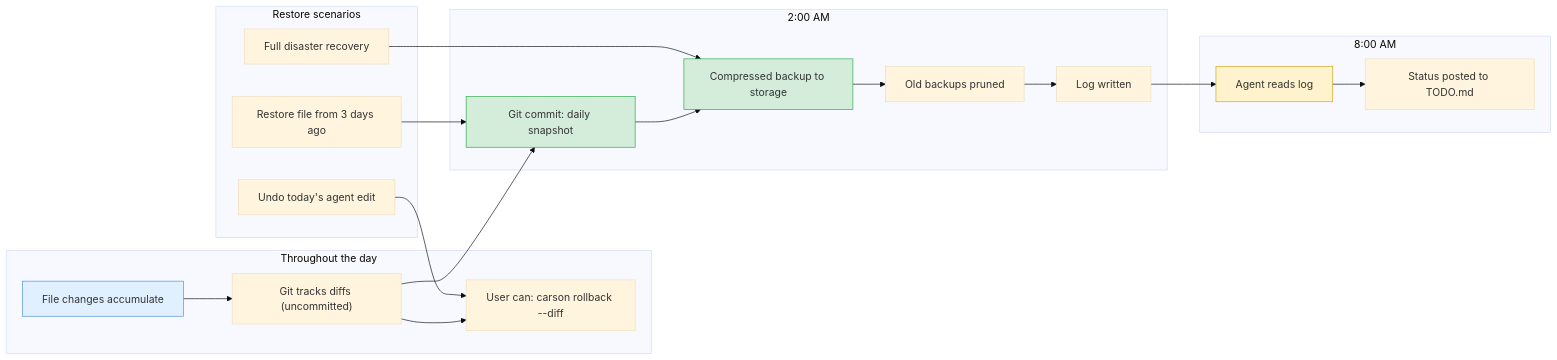
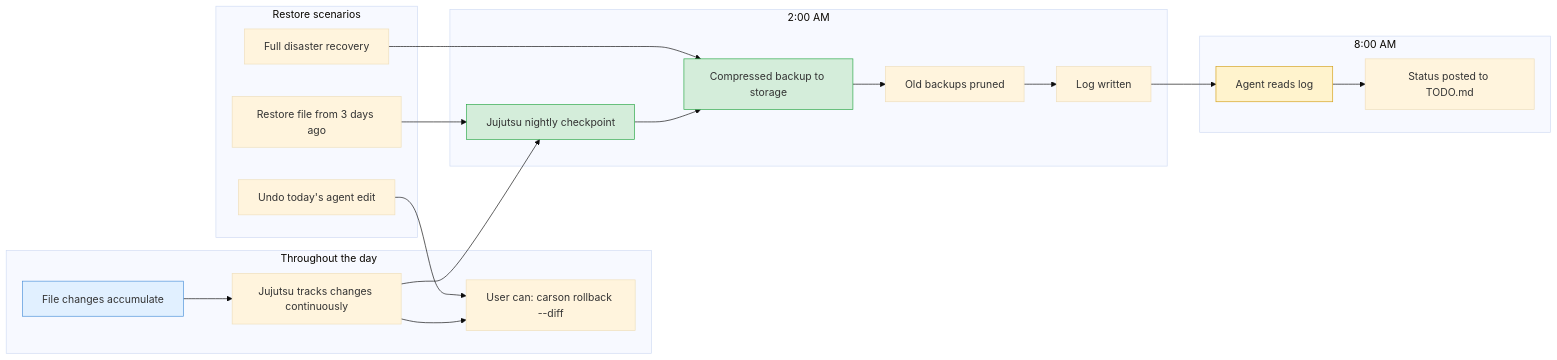
Before and after one commit to allofher/carson: the fourth of 4 diagrams in VERSIONING.md, drawn with Mermaid (base theme). The commit also changed other lines of this file and 17 other files, not shown here.

````diff
--- a/VERSIONING.md
+++ b/VERSIONING.md
@@ -275,30 +284,30 @@
 ```mermaid
 graph LR
     subgraph "Throughout the day"
-        A["File changes accumulate"] --> B["Git tracks diffs (uncommitted)"]
+        A["File changes accumulate"] --> B["Jujutsu tracks changes continuously"]
         B --> C["User can: carson rollback --diff"]
     end
 
     subgraph "2:00 AM"
-        B --> D["Git commit: daily snapshot"]
+        B --> D["Jujutsu nightly checkpoint"]
         D --> E["Compressed backup to storage"]
         E --> F["Old backups pruned"]
         F --> G["Log written"]
     end
 
     subgraph "8:00 AM"
         G --> H["Agent reads log"]
         H --> I["Status posted to TODO.md"]
     end
 
     subgraph "Restore scenarios"
         J["Undo today's agent edit"] --> C
         K["Restore file from 3 days ago"] --> D
         L["Full disaster recovery"] --> E
     end
 
     style A fill:#e1f0ff,stroke:#4a90d9
     style D fill:#d4edda,stroke:#28a745
     style E fill:#d4edda,stroke:#28a745
     style H fill:#fff3cd,stroke:#d4a017
 ```
````
